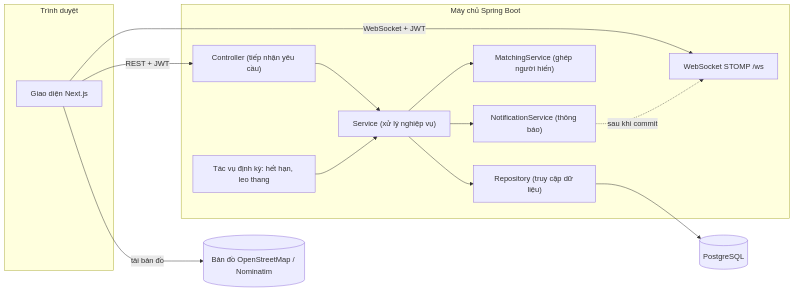
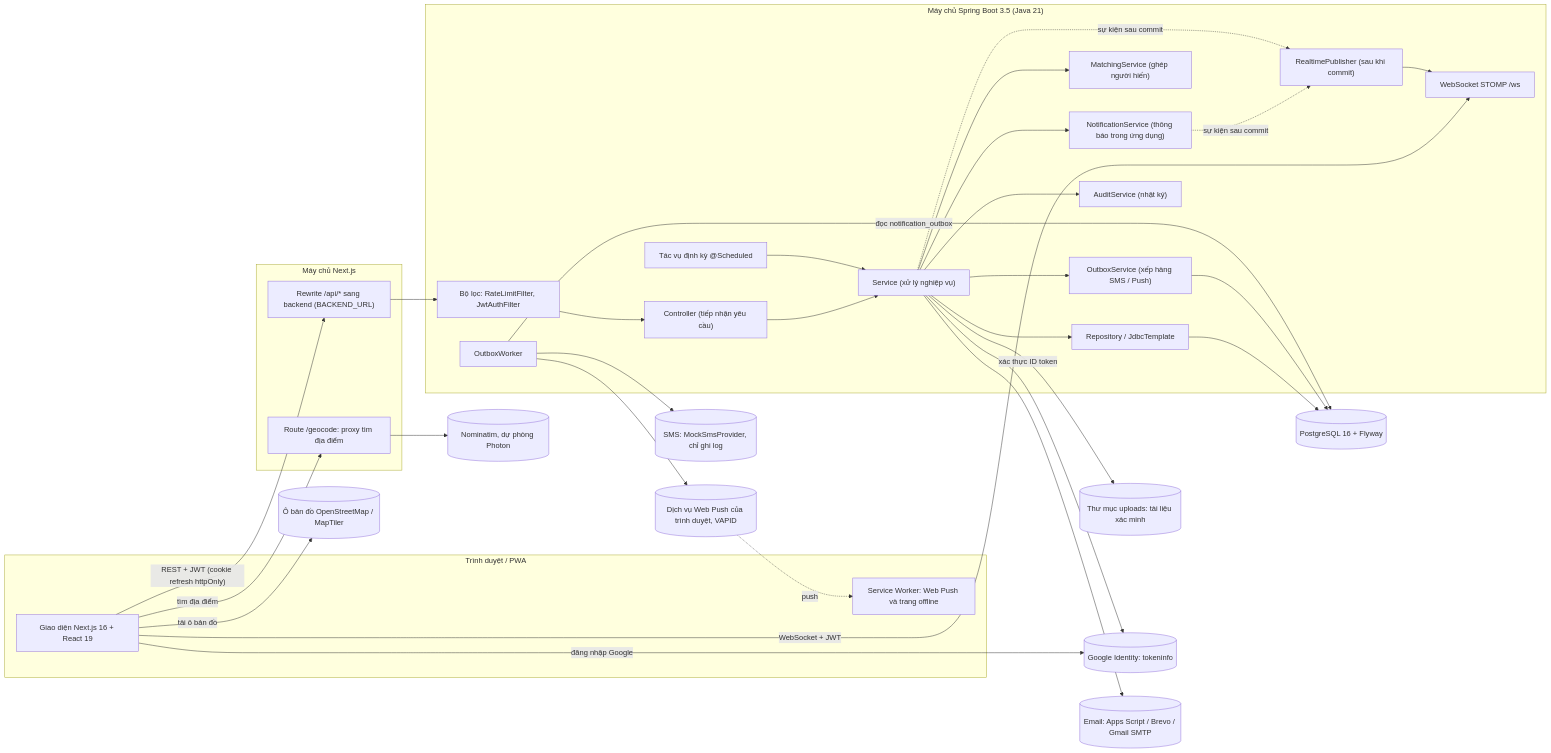
One commit to nhungoc260/lifely_demo changed the first of 18 diagrams in docs/ARCHITECTURE.md. Above: the diagram before and after it, drawn with Mermaid. The commit also changed other lines of this file and 14 other files, not shown here.

````diff
--- a/docs/ARCHITECTURE.md
+++ b/docs/ARCHITECTURE.md
@@ -6,21 +17,50 @@
 ```mermaid
 flowchart LR
-  subgraph Browser["Trình duyệt"]
-    FE["Giao diện Next.js"]
+  subgraph Browser["Trình duyệt / PWA"]
+    FE["Giao diện Next.js 16 + React 19"]
+    SW["Service Worker: Web Push và trang offline"]
   end
-  subgraph Backend["Máy chủ Spring Boot"]
-    C["Controller (tiếp nhận yêu cầu)"] --> S["Service (xử lý nghiệp vụ)"] --> R["Repository (truy cập dữ liệu)"]
+  subgraph Vercel["Máy chủ Next.js"]
+    RW["Rewrite /api/* sang backend (BACKEND_URL)"]
+    GEO["Route /geocode: proxy tìm địa điểm"]
+  end
+  subgraph Backend["Máy chủ Spring Boot 3.5 (Java 21)"]
+    F["Bộ lọc: RateLimitFilter, JwtAuthFilter"]
+    C["Controller (tiếp nhận yêu cầu)"] --> S["Service (xử lý nghiệp vụ)"] --> R["Repository / JdbcTemplate"]
     S --> M["MatchingService (ghép người hiến)"]
-    S --> N["NotificationService (thông báo)"]
+    S --> N["NotificationService (thông báo trong ứng dụng)"]
+    S --> OB["OutboxService (xếp hàng SMS / Push)"]
+    S --> AU["AuditService (nhật ký)"]
     WS["WebSocket STOMP /ws"]
-    J["Tác vụ định kỳ: hết hạn, leo thang"]
+    PUB["RealtimePublisher (sau khi commit)"]
+    JOBS["Tác vụ định kỳ @Scheduled"]
+    WK["OutboxWorker"]
   end
-  DB[("PostgreSQL")]
-  OSM[("Bản đồ OpenStreetMap / Nominatim")]
-  FE -- "REST + JWT" --> C
+  DB[("PostgreSQL 16 + Flyway")]
+  FS[("Thư mục uploads: tài liệu xác minh")]
+  OSM[("Ô bản đồ OpenStreetMap / MapTiler")]
+  NOM[("Nominatim, dự phòng Photon")]
+  GID[("Google Identity: tokeninfo")]
+  MAIL[("Email: Apps Script / Brevo / Gmail SMTP")]
+  PUSHSVC[("Dịch vụ Web Push của trình duyệt, VAPID")]
+  SMS[("SMS: MockSmsProvider, chỉ ghi log")]
+
+  FE -- "REST + JWT (cookie refresh httpOnly)" --> RW --> F --> C
   FE -- "WebSocket + JWT" --> WS
-  FE -- "tải bản đồ" --> OSM
+  FE -- "tải ô bản đồ" --> OSM
+  FE -- "tìm địa điểm" --> GEO --> NOM
+  FE -- "đăng nhập Google" --> GID
+  S -- "xác thực ID token" --> GID
   R --> DB
-  N -. "sau khi commit" .-> WS
-  J --> S
+  S --> FS
+  N -. "sự kiện sau commit" .-> PUB
+  S -. "sự kiện sau commit" .-> PUB
+  PUB --> WS
+  OB --> DB
+  WK -- "đọc notification_outbox" --> DB
+  WK --> SMS
+  WK --> PUSHSVC
+  PUSHSVC -. "push" .-> SW
+  JOBS --> S
+  S --> MAIL
 ```
````
